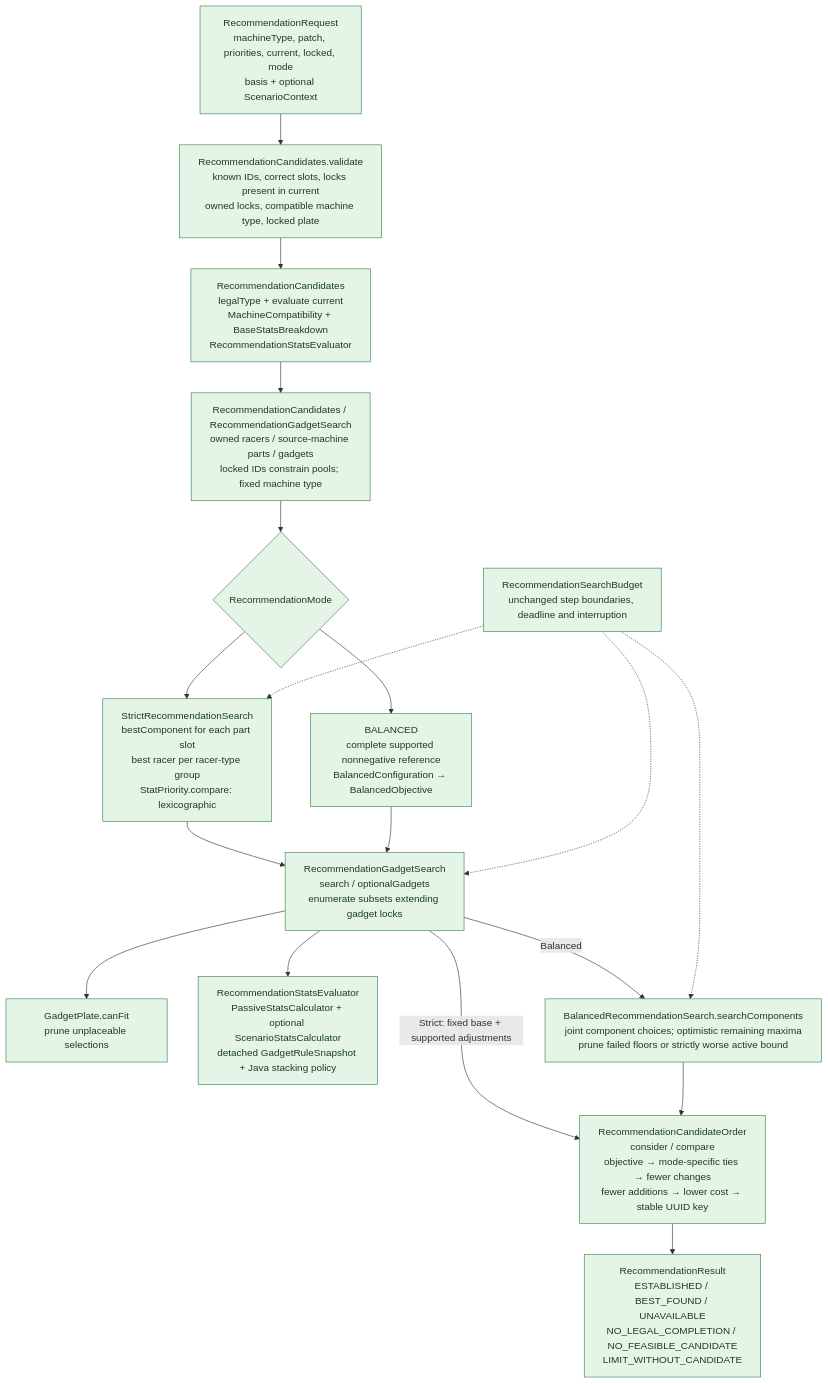
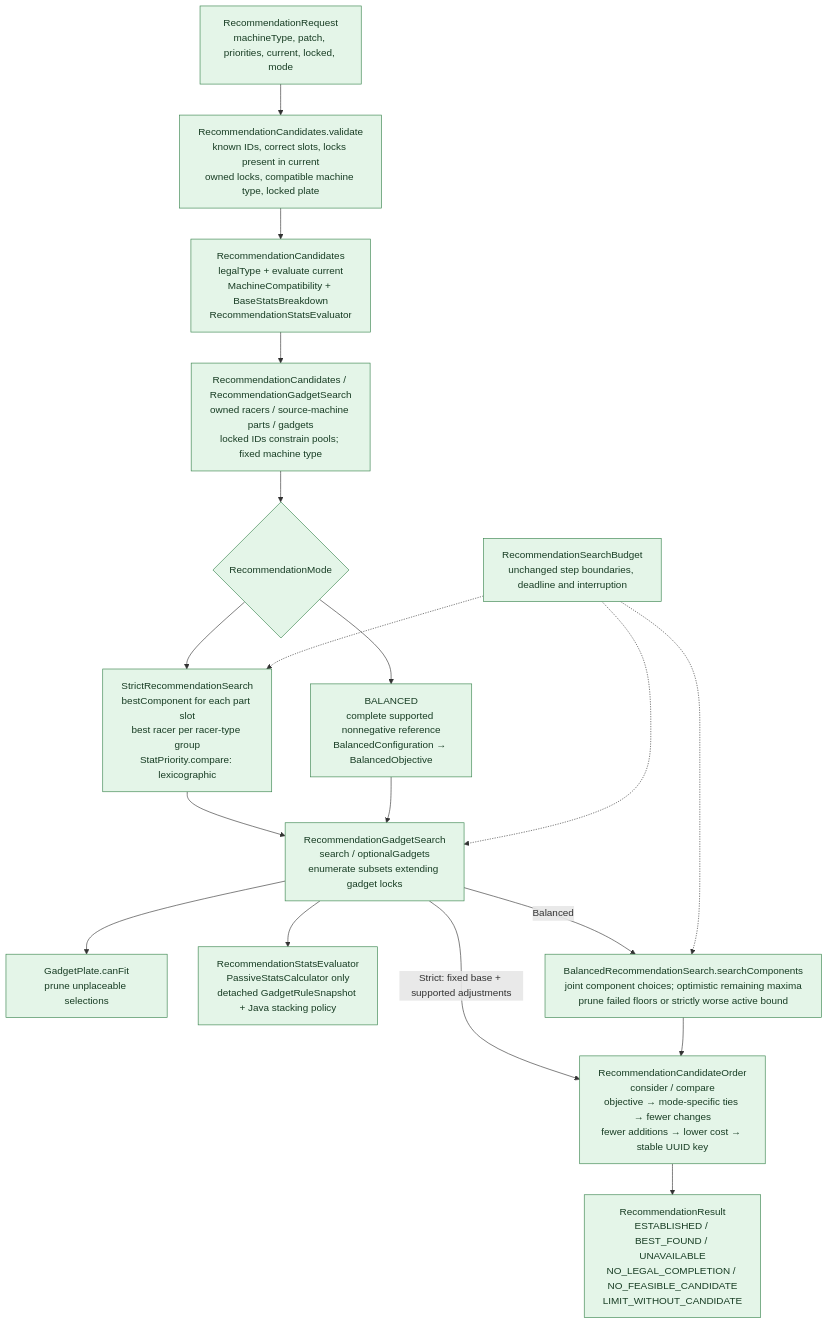
Before and after one commit to alexungu04genoff/RingLab: diagram 11 of 31 in docs/architecture-atlas.md, drawn with Mermaid. The commit also changed other lines of this file and 28 other files, not shown here.

````diff
--- a/docs/architecture-atlas.md
+++ b/docs/architecture-atlas.md
@@ -631,31 +630,31 @@
 ```mermaid
 flowchart TB
-  req["RecommendationRequest<br/>machineType, patch, priorities, current, locked, mode<br/>basis + optional ScenarioContext"]:::domain
+  req["RecommendationRequest<br/>machineType, patch, priorities, current, locked, mode"]:::domain
   validate["RecommendationCandidates.validate<br/>known IDs, correct slots, locks present in current<br/>owned locks, compatible machine type, locked plate"]:::domain
   baseline["RecommendationCandidates<br/>legalType + evaluate current<br/>MachineCompatibility + BaseStatsBreakdown<br/>RecommendationStatsEvaluator"]:::domain
   pools["RecommendationCandidates / RecommendationGadgetSearch<br/>owned racers / source-machine parts / gadgets<br/>locked IDs constrain pools; fixed machine type"]:::domain
   branch{"RecommendationMode"}:::domain
   strict["StrictRecommendationSearch<br/>bestComponent for each part slot<br/>best racer per racer-type group<br/>StatPriority.compare: lexicographic"]:::domain
   balanced["BALANCED<br/>complete supported nonnegative reference<br/>BalancedConfiguration → BalancedObjective"]:::domain
   subsets["RecommendationGadgetSearch<br/>search / optionalGadgets<br/>enumerate subsets extending gadget locks"]:::domain
   plate["GadgetPlate.canFit<br/>prune unplaceable selections"]:::domain
-  calc["RecommendationStatsEvaluator<br/>PassiveStatsCalculator + optional ScenarioStatsCalculator<br/>detached GadgetRuleSnapshot + Java stacking policy"]:::domain
+  calc["RecommendationStatsEvaluator<br/>PassiveStatsCalculator only<br/>detached GadgetRuleSnapshot + Java stacking policy"]:::domain
   components["BalancedRecommendationSearch.searchComponents<br/>joint component choices; optimistic remaining maxima<br/>prune failed floors or strictly worse active bound"]:::domain
   compare["RecommendationCandidateOrder<br/>consider / compare<br/>objective → mode-specific ties → fewer changes<br/>fewer additions → lower cost → stable UUID key"]:::domain
   result["RecommendationResult<br/>ESTABLISHED / BEST_FOUND / UNAVAILABLE<br/>NO_LEGAL_COMPLETION / NO_FEASIBLE_CANDIDATE<br/>LIMIT_WITHOUT_CANDIDATE"]:::domain
   req --> validate --> baseline --> pools --> branch
   branch --> strict
   branch --> balanced
   strict --> subsets
   balanced --> subsets
   subsets --> plate
   subsets --> calc
   subsets -->|"Strict: fixed base + supported adjustments"| compare
   subsets -->|"Balanced"| components --> compare
   compare --> result
   budget["RecommendationSearchBudget<br/>unchanged step boundaries, deadline and interruption"]:::domain
   budget -.-> strict
   budget -.-> subsets
   budget -.-> components
   classDef domain fill:#e4f5e8,stroke:#37834c,color:#183d24
 ```
````
